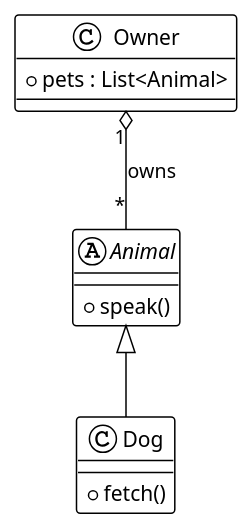
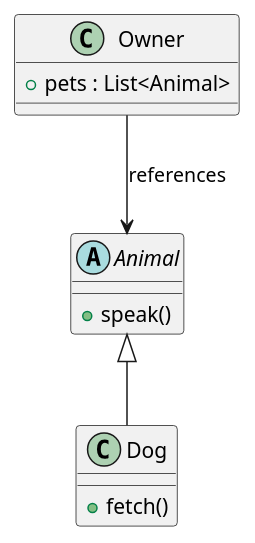
The diagram in references/from-source-code.md (DoubleMice/plantuml-skill), drawn with PlantUML before and after one commit. The commit also changed other lines of this file and 11 other files, not shown here.

Commit message:
feat: refine PlantUML generation and styling

````diff
--- a/references/from-source-code.md
+++ b/references/from-source-code.md
@@ -45,16 +66,15 @@
 ```plantuml
 @startuml
-!theme plain
 abstract class Animal {
   +speak()
 }
 class Dog {
   +fetch()
 }
 class Owner {
   +pets : List<Animal>
 }
 Animal <|-- Dog
-Owner "1" o-- "*" Animal : owns
+Owner --> Animal : references
 @enduml
 ```
````
